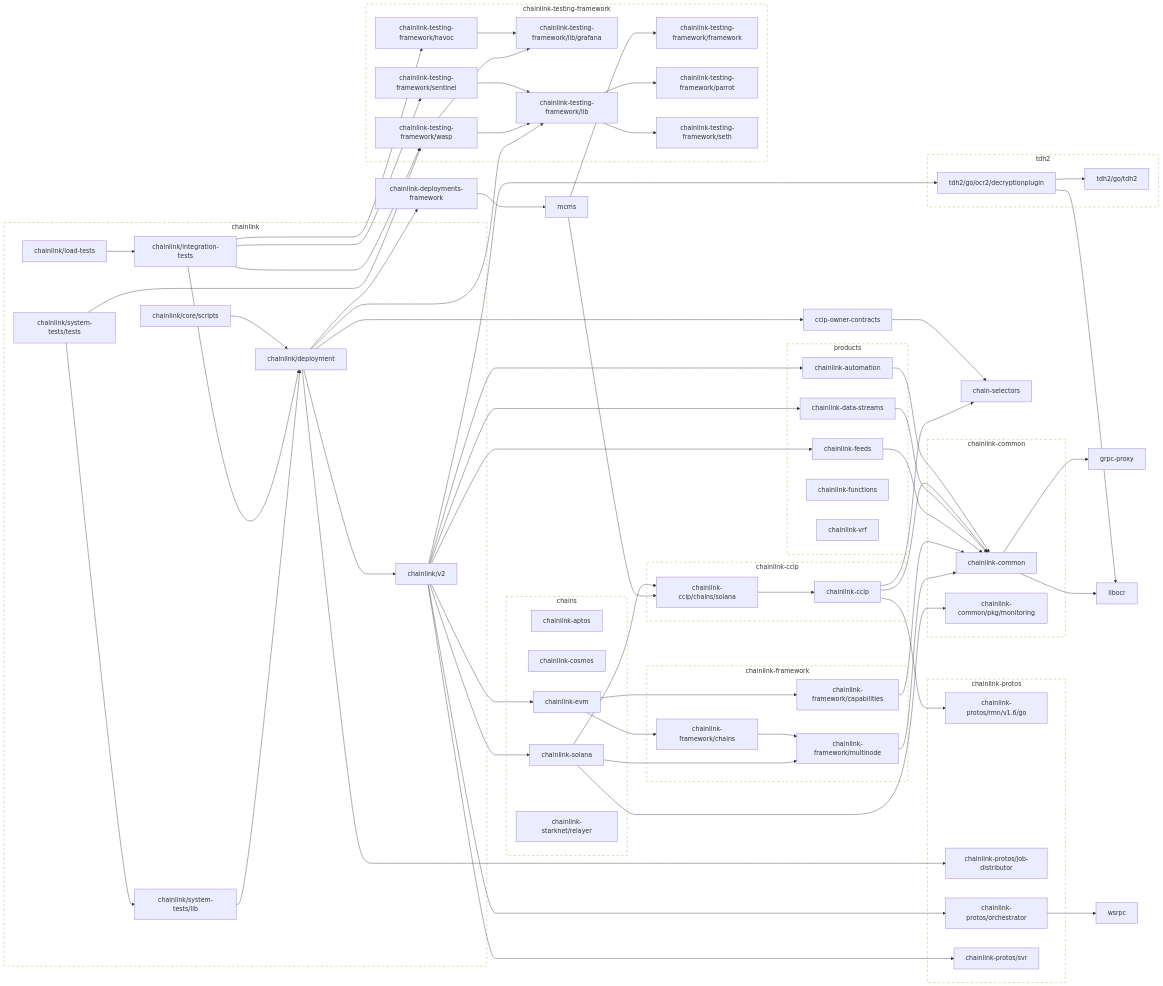
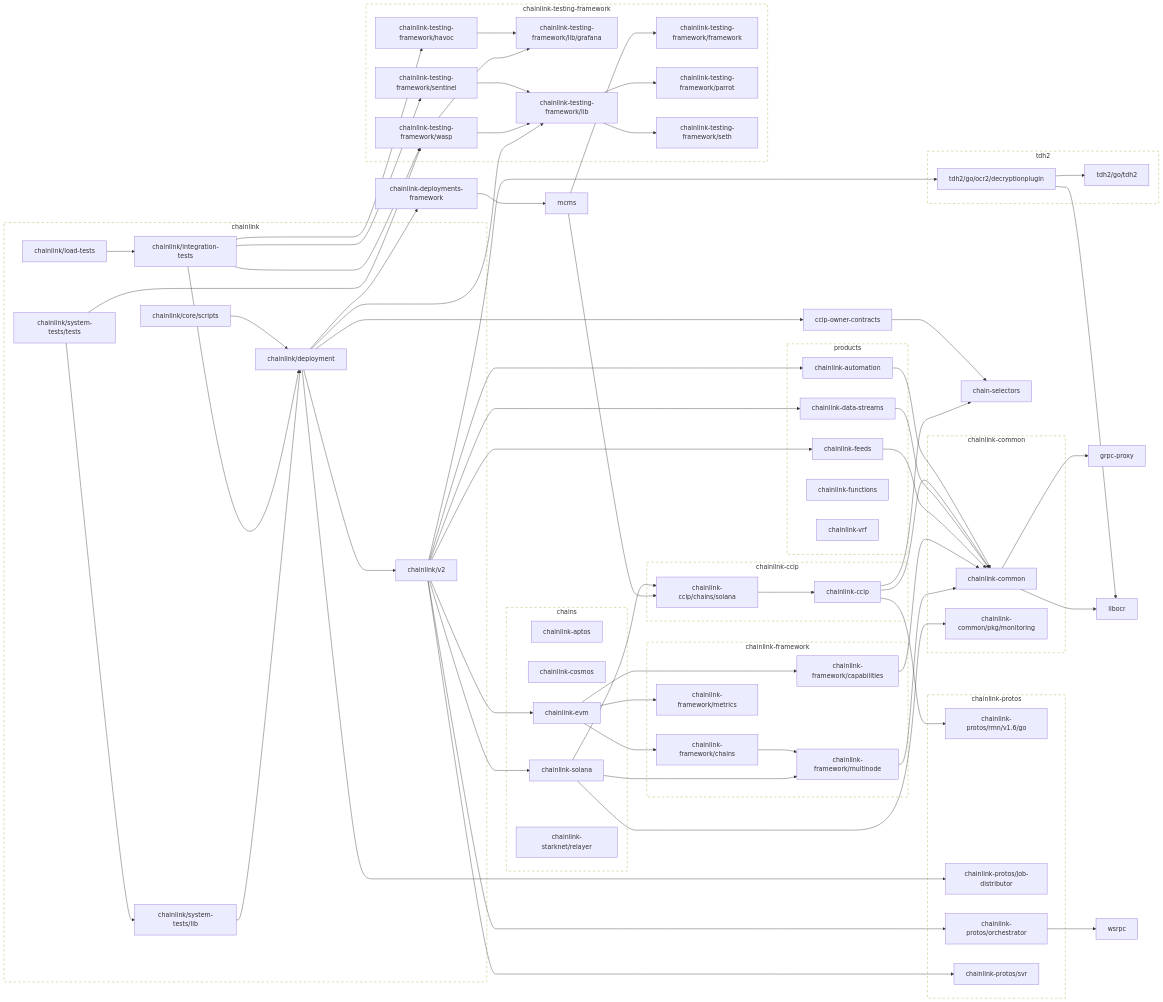
The second of 2 diagrams in go.md (JohnDaWalka/chainlink), drawn with Mermaid before and after one commit. The commit also changed other lines of this file, not shown here.

Commit message:
make generate

```diff
--- a/go.md
+++ b/go.md
@@ -160,6 +164,7 @@
 	click chainlink-deployments-framework href "https://github.com/smartcontractkit/chainlink-deployments-framework"
 	chainlink-evm --> chainlink-framework/capabilities
 	chainlink-evm --> chainlink-framework/chains
+	chainlink-evm --> chainlink-framework/metrics
 	click chainlink-evm href "https://github.com/smartcontractkit/chainlink-evm"
 	chainlink-feeds --> chainlink-common
 	click chainlink-feeds href "https://github.com/smartcontractkit/chainlink-feeds"
@@ -167,6 +172,8 @@
 	click chainlink-framework/capabilities href "https://github.com/smartcontractkit/chainlink-framework"
 	chainlink-framework/chains --> chainlink-framework/multinode
 	click chainlink-framework/chains href "https://github.com/smartcontractkit/chainlink-framework"
+	chainlink-framework/metrics
+	click chainlink-framework/metrics href "https://github.com/smartcontractkit/chainlink-framework"
 	chainlink-framework/multinode --> chainlink-common
 	click chainlink-framework/multinode href "https://github.com/smartcontractkit/chainlink-framework"
 	chainlink-protos/job-distributor
@@ -269,6 +276,7 @@
 	subgraph chainlink-framework-repo[chainlink-framework]
 		 chainlink-framework/capabilities
 		 chainlink-framework/chains
+		 chainlink-framework/metrics
 		 chainlink-framework/multinode
 	end
 	click chainlink-framework-repo href "https://github.com/smartcontractkit/chainlink-framework"
```
